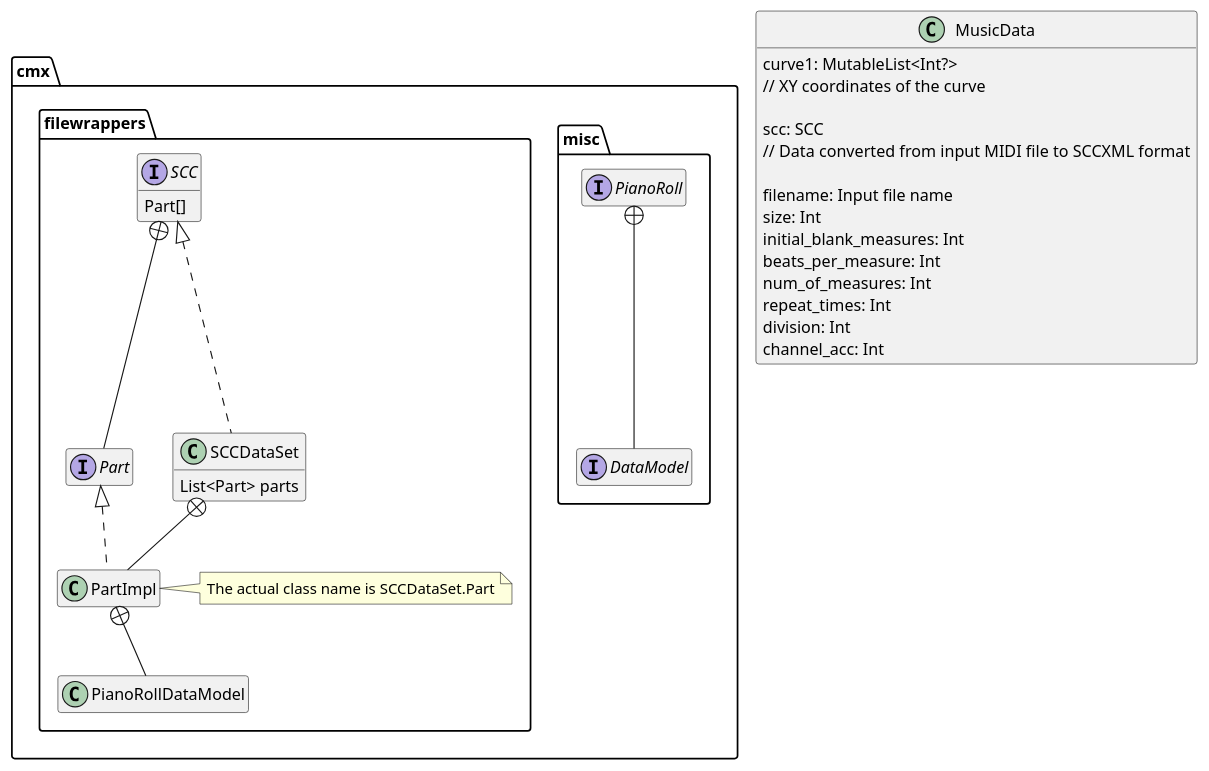
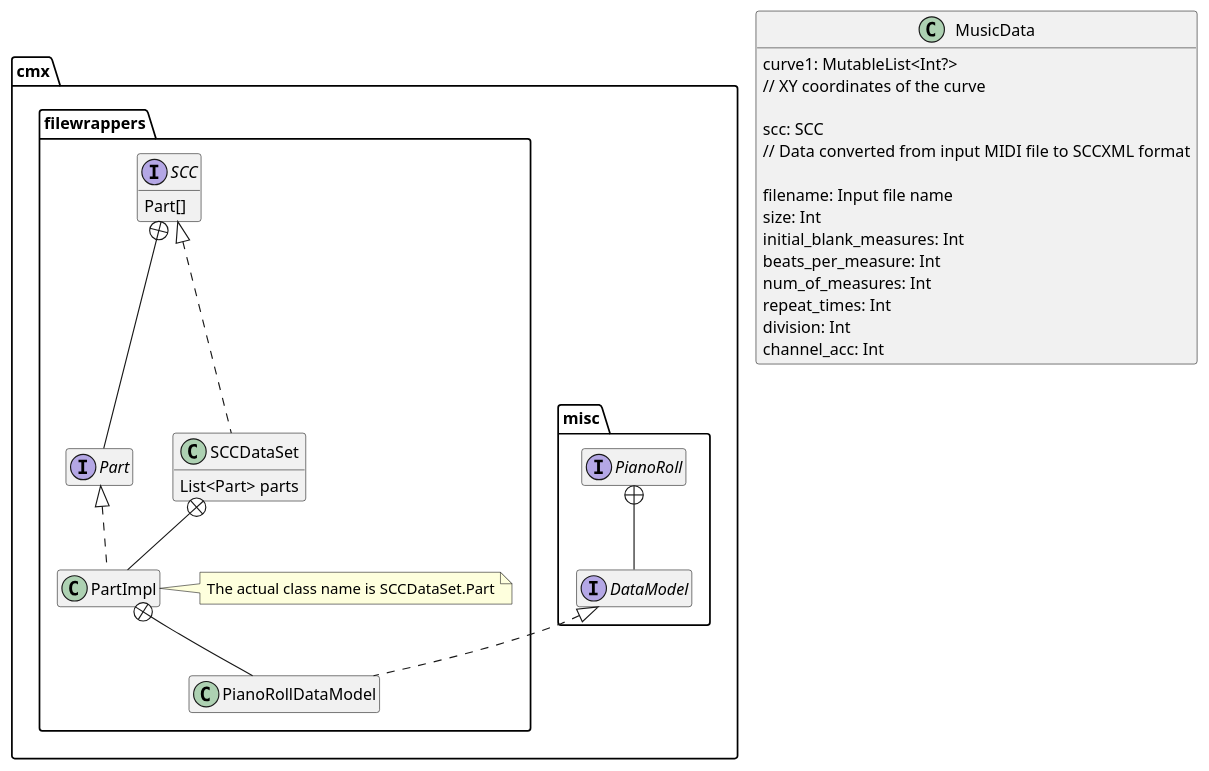
One commit to fujiij/plantuml changed the diagram in diagrams/test3.puml. Above: the diagram before and after it, drawn with PlantUML.

```diff
--- a/diagrams/test3.puml
+++ b/diagrams/test3.puml
@@ -1,49 +1,49 @@
 @startuml
 'https://plantuml.com/class-diagram
 hide empty members
 
 class MusicData {
     curve1: MutableList<Int?>
     // XY coordinates of the curve
 
     scc: SCC
     // Data converted from input MIDI file to SCCXML format
 
     filename: Input file name
     size: Int
     initial_blank_measures: Int
     beats_per_measure: Int
     num_of_measures: Int
     repeat_times: Int
     division: Int
     channel_acc: Int
 }
 
 package "cmx" {
     package "misc" {
         interface PianoRoll {
         }
         interface DataModel
         PianoRoll +-- DataModel
     }
     package "filewrappers" {
         interface SCC {
             Part[]
         }
         interface Part
         SCC +-- Part
         class SCCDataSet implements SCC {
             List<Part> parts
         }
         class PartImpl implements Part
         SCCDataSet +-- PartImpl
         note right of PartImpl
             The actual class name is SCCDataSet.Part
         end note
 
-        class PianoRollDataModel implements cmx.misc.PianoRoll.DataModel
+        class PianoRollDataModel implements cmx.misc.DataModel
         PartImpl +-- PianoRollDataModel
     }
 }
 
 @enduml
```
